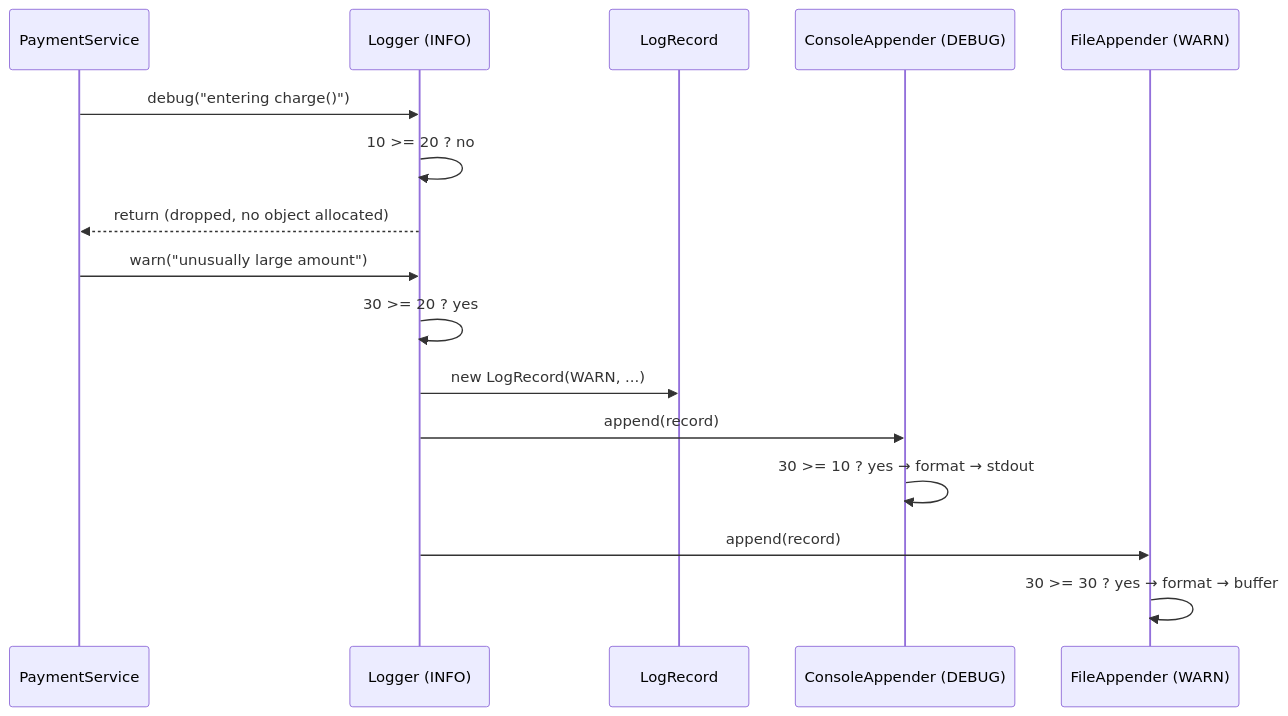
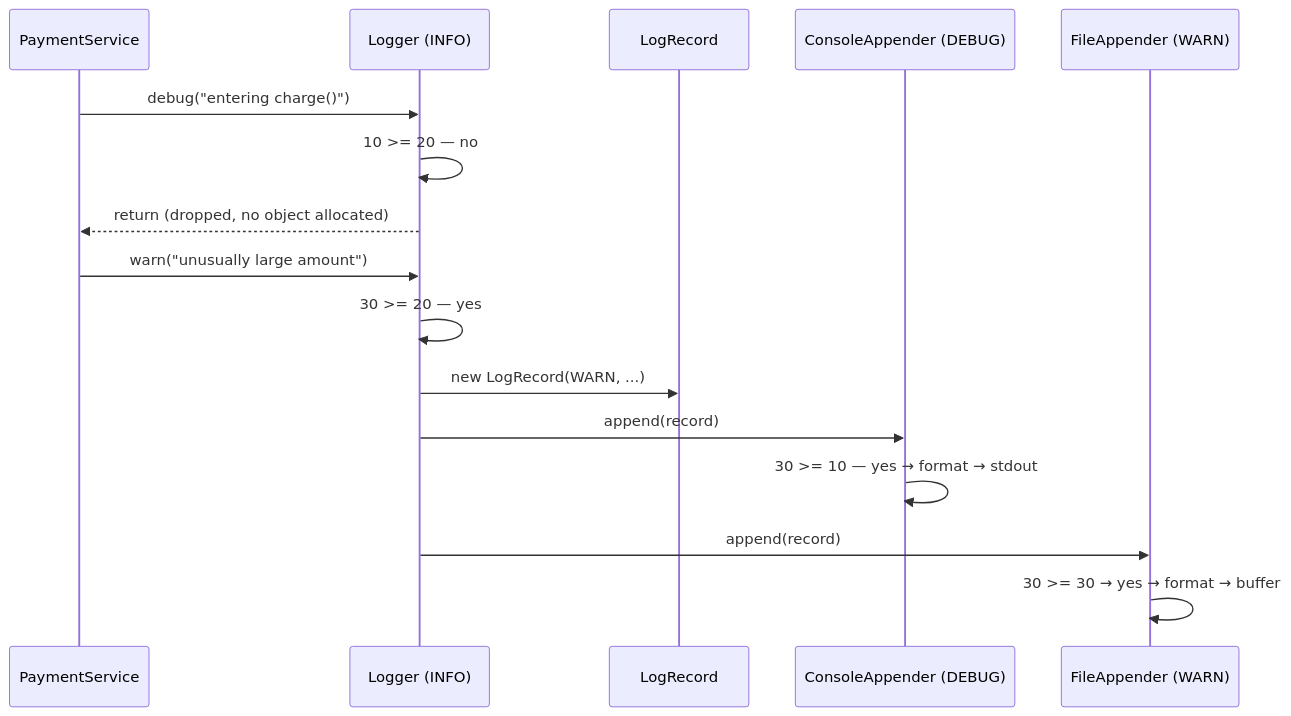
The third of 3 diagrams in Low-Level-Design/05-Infra/Logging-Framework/details.md (gupta-harshal/Design-Patterns), drawn with Mermaid before and after one commit. The commit also changed other lines of this file and 22 other files, not shown here.

````diff
--- a/Low-Level-Design/05-Infra/Logging-Framework/details.md
+++ b/Low-Level-Design/05-Infra/Logging-Framework/details.md
@@ -283,20 +283,20 @@
 ```mermaid
 sequenceDiagram
     participant App as PaymentService
     participant L as Logger (INFO)
     participant R as LogRecord
     participant C as ConsoleAppender (DEBUG)
     participant F as FileAppender (WARN)
 
     App->>L: debug("entering charge()")
-    L->>L: 10 >= 20 ? no
+    L->>L: 10 >= 20 — no
     L-->>App: return (dropped, no object allocated)
 
     App->>L: warn("unusually large amount")
-    L->>L: 30 >= 20 ? yes
+    L->>L: 30 >= 20 — yes
     L->>R: new LogRecord(WARN, ...)
     L->>C: append(record)
-    C->>C: 30 >= 10 ? yes → format → stdout
+    C->>C: 30 >= 10 — yes → format → stdout
     L->>F: append(record)
-    F->>F: 30 >= 30 ? yes → format → buffer
+    F->>F: 30 >= 30  → yes → format → buffer
 ```
````
